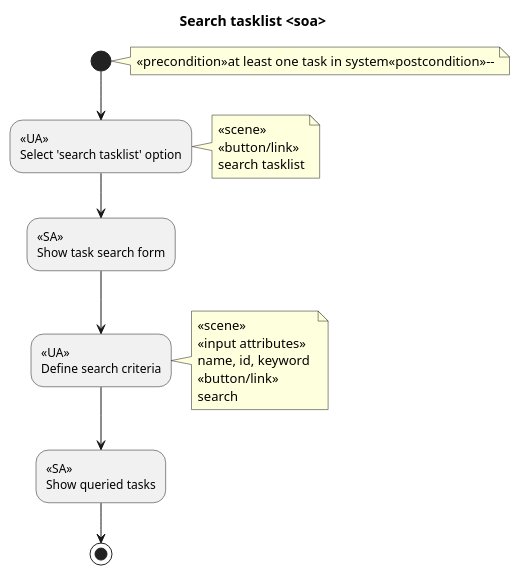
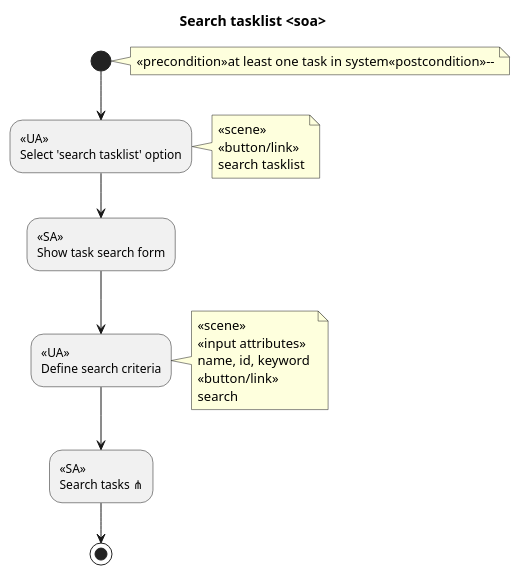
Diagram 33 of 41 in doc/worg/org-contrib/gsoc2012/student-projects/bugpile/i.org (bzg/bugpile), drawn with PlantUML before and after one commit. The commit also changed other lines of this file and 7 other files, not shown here.

Commit message:
i.org tutorial on worg: architecture section written, with graphical depictions.

```diff
--- a/doc/worg/org-contrib/gsoc2012/student-projects/bugpile/i.org
+++ b/doc/worg/org-contrib/gsoc2012/student-projects/bugpile/i.org
@@ -1391,11 +1386,11 @@
 #+begin_src plantuml :file ../../../../images/gsoc/2012/bugpile/search-tasklist-uml-soa.png 
   title Search tasklist <soa>
   note right: <<precondition>>at least one task in system<<postcondition>>--
   (*) --> "<<UA>>\nSelect 'search tasklist' option"
   note right: <<scene>>\n<<button/link>>\nsearch tasklist
   --> "<<SA>>\nShow task search form"
   --> "<<UA>>\nDefine search criteria"
   note right: <<scene>>\n<<input attributes>>\nname, id, keyword \n<<button/link>>\nsearch
-  --> "<<SA>>\nShow queried tasks"
+  --> "<<SA>>\nSearch tasks ⋔"
   --> (*)
 #+end_src
```
